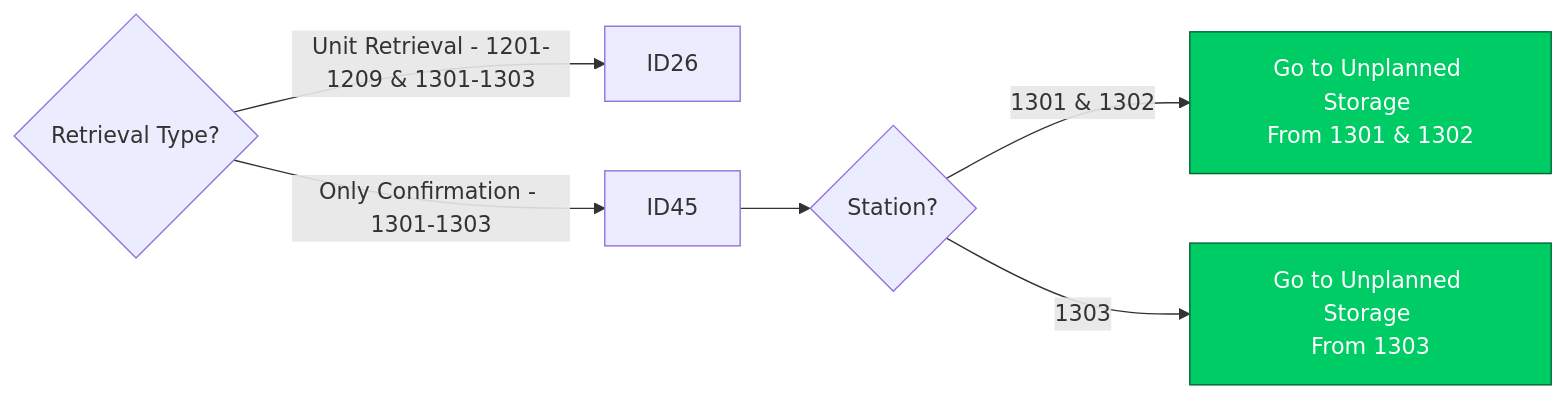
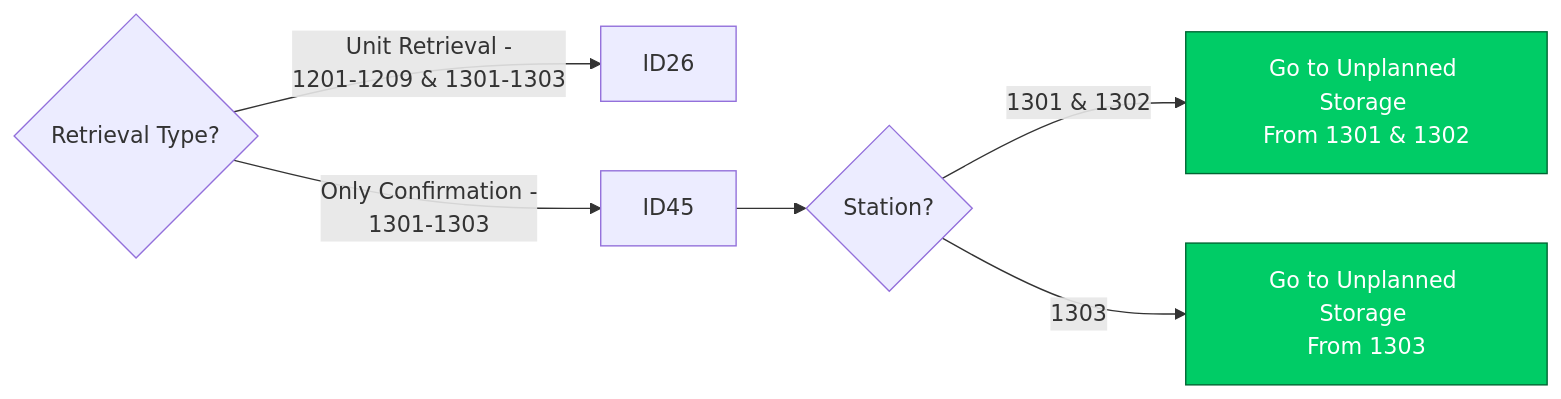
Before and after one commit to luthfiadityaa/SimeDarby-Wiki: the fourth of 20 diagrams in Basic-Design/DFD-WMS/Retrieval/Specific-Location-Retrieval-Setting.md, drawn with Mermaid. The commit also changed other lines of this file, not shown here.

Commit message:
Updated Specific Location Retrieval Setting

```diff
--- a/Basic-Design/DFD-WMS/Retrieval/Specific-Location-Retrieval-Setting.md
+++ b/Basic-Design/DFD-WMS/Retrieval/Specific-Location-Retrieval-Setting.md
@@ -34,14 +39,16 @@
 ::: mermaid
 flowchart LR
-Cond2{Retrieval Type?}--> |Unit Retrieval - 1201-1209 & 1301-1303| P13[ID26]
-Cond2{Retrieval Type?}--> |Only Confirmation - 1301-1303| P14[ID45]-->Cond3{Station?}
+Cond2{Retrieval Type?}--> |Unit Retrieval - 
+1201-1209 & 1301-1303| P13[ID26]
+Cond2{Retrieval Type?}--> |Only Confirmation - 
+1301-1303| P14[ID45]-->Cond3{Station?}
 Cond3{Station?}-->|1301 & 1302| P15[Go to Unplanned Storage 
 From 1301 & 1302]
 Cond3{Station?}-->|1303| P16[Go to Unplanned Storage 
 From 1303] 
 
 click P15 "https://dev.azure.com/Daifuku-SW/ID_SimeDarbyPlantation/_wiki/wikis/ID_SimeDarbyPlantation.wiki/948/Unplanned-Storage-from-HP" "Go to HP"
 click P16 "https://dev.azure.com/Daifuku-SW/ID_SimeDarbyPlantation/_wiki/wikis/ID_SimeDarbyPlantation.wiki/880/Unplanned-Storage-from-OP-Area" "Go to OP"
 style P15 fill:#00cc66,stroke:#006633,color:#ffffff
 style P16 fill:#00cc66,stroke:#006633,color:#ffffff
 :::
```
